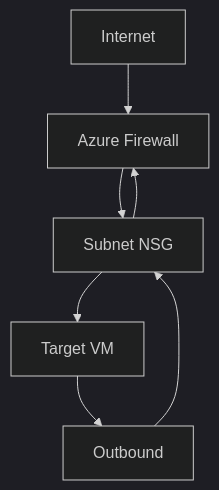
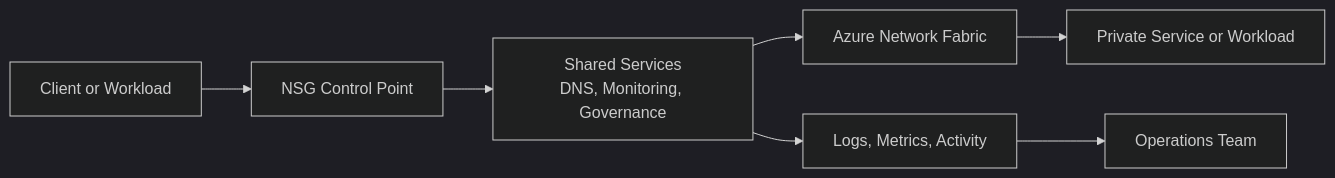
The diagram in docs/best-practices/nsg-and-firewall-best-practices.md (yeongseon/azure-networking-practical-guide), drawn with Mermaid (dark theme) before and after one commit. The commit also changed other lines of this file and 26 other files, not shown here.

````diff
--- a/docs/best-practices/nsg-and-firewall-best-practices.md
+++ b/docs/best-practices/nsg-and-firewall-best-practices.md
@@ -11,9 +15,10 @@
 ```mermaid
-graph TD
-    In[Internet] --> FW[Azure Firewall]
-    FW --> NSG[Subnet NSG]
-    NSG --> VM[Target VM]
-    VM --> Out[Outbound]
-    Out --> NSG
-    NSG --> FW
+flowchart LR
+                Source[Client or Workload] --> Control[NSG Control Point]
+                Control --> Shared[Shared Services
+DNS, Monitoring, Governance]
+                Shared --> Azure[Azure Network Fabric]
+                Azure --> Target[Private Service or Workload]
+                Shared --> Logs[Logs, Metrics, Activity]
+                Logs --> Ops[Operations Team]
 ```
````
